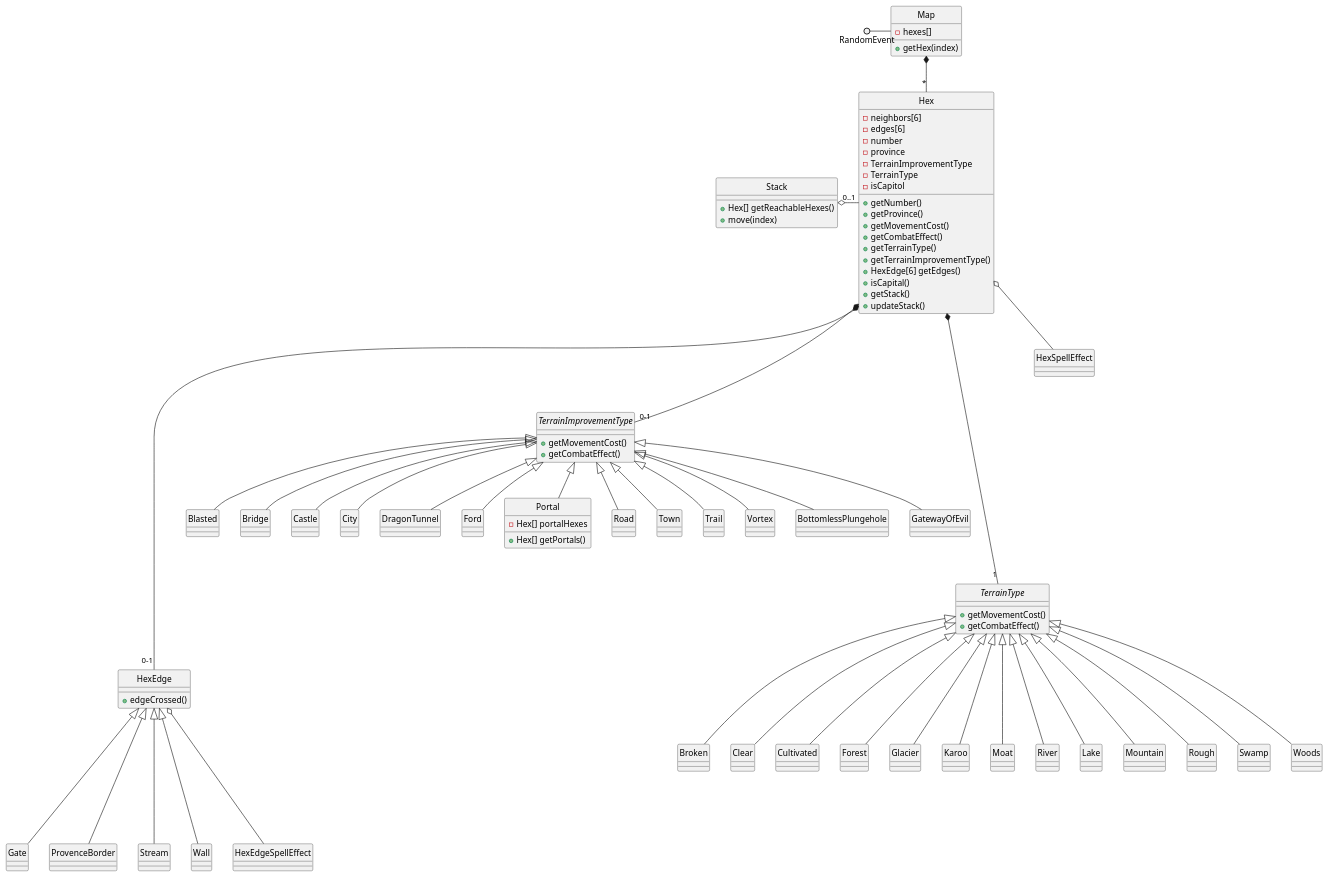
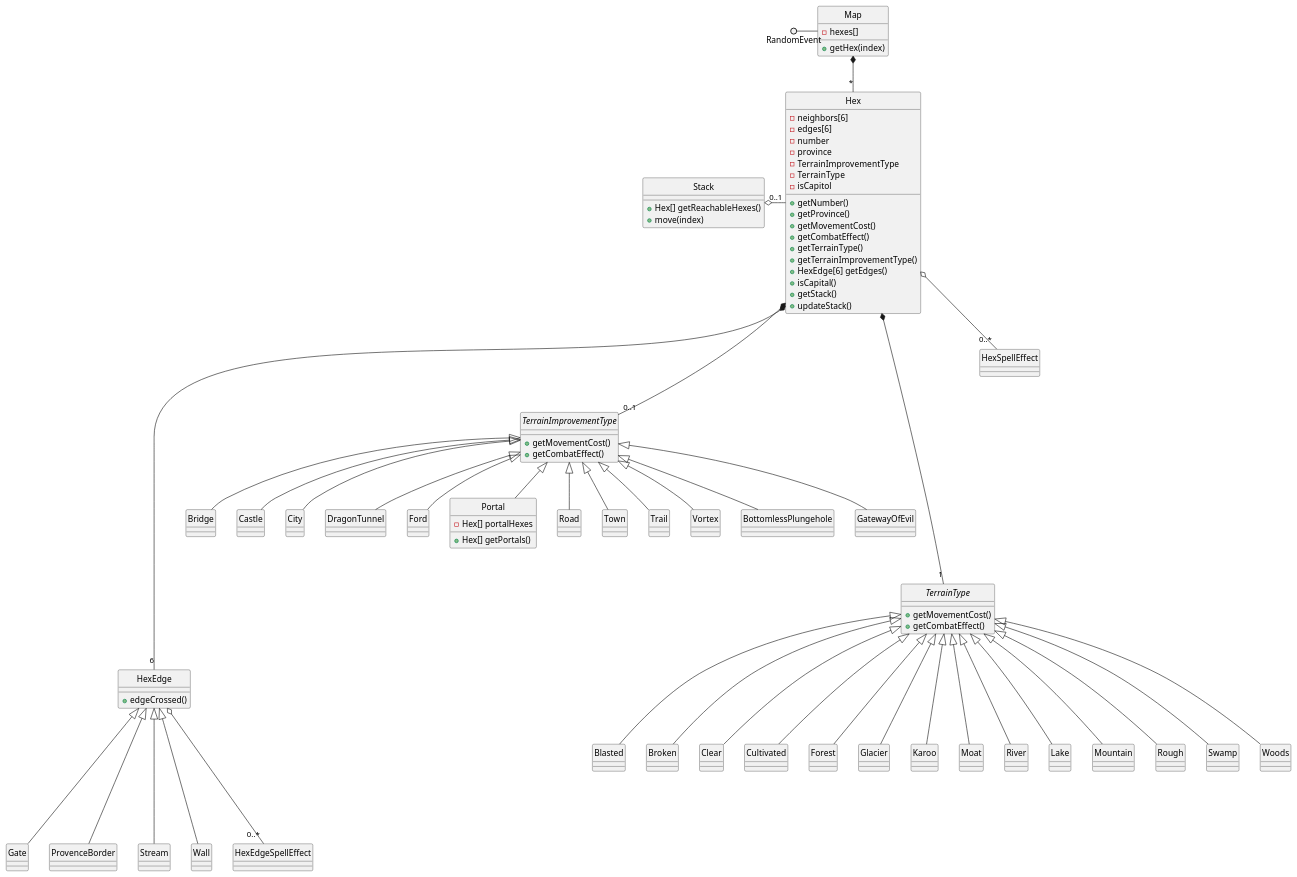
The diagram in Map.pu (CS383-Sword-and-Sorcery/HW3), drawn with PlantUML before and after one commit.

Commit message:
sodgihhndgsoigds

```diff
--- a/Map.pu
+++ b/Map.pu
@@ -1,129 +1,129 @@
 @startuml
 hide circle
 
 class Map {
 -hexes[]
 +getHex(index)
 }
 
 class Hex {
 -neighbors[6]
 -edges[6]
 -number
 -province
 -TerrainImprovementType
 -TerrainType
 -isCapitol
 +getNumber()
 +getProvince()
 +getMovementCost()
 +getCombatEffect()
 +getTerrainType()
 +getTerrainImprovementType()
 +HexEdge[6] getEdges()
 +isCapital()
 +getStack()
 +updateStack()
 }
 
 class Stack {
 	+Hex[] getReachableHexes()
 	+move(index)
 }
 
 class HexEdge {
 +edgeCrossed()
 }
 
 interface TerrainImprovementType {
 +getMovementCost()
 +getCombatEffect()
 }
 
 interface TerrainType {
 +getMovementCost()
 +getCombatEffect()
 }
 
 class Blasted
 class Bridge
 class Gate
 class Broken
 class Castle
 class City
 class Clear
 class Cultivated
 class DragonTunnel
 class Ford
 class Forest
 class Glacier
 class Karoo
 class Moat
 class River
 class Lake
 class Mountain
 class Portal {
     -Hex[] portalHexes
     +Hex[] getPortals()
 }
 class ProvenceBorder
 class Road
 class Rough
 class Stream
 class Swamp
 class Town
 class Trail
 class Vortex
 class Wall
 class Woods
 class BottomlessPlungehole
 class GatewayOfEvil
 class HexEdgeSpellEffect
 class     HexSpellEffect
 
 RandomEvent ()- Map
 
 
 Map *-- "*" Hex
 Stack "0..1" o- Hex
 
 
 Hex *----- "1" TerrainType
-Hex *--- "0-1" TerrainImprovementType
-Hex *------ "0-1" HexEdge 
-Hex o-- HexSpellEffect
+Hex *--- "0..1" TerrainImprovementType
+Hex *------ "6" HexEdge 
+Hex o-- "0..*" HexSpellEffect
 
-TerrainImprovementType <|-- Blasted
 TerrainImprovementType <|-- Bridge
 TerrainImprovementType <|-- Castle
 TerrainImprovementType <|-- City
 TerrainImprovementType <|-- DragonTunnel
 TerrainImprovementType <|-- Ford
 TerrainImprovementType <|-- Portal
 TerrainImprovementType <|-- Road
 TerrainImprovementType <|-- Town
 TerrainImprovementType <|-- Trail
 TerrainImprovementType <|-- Vortex
 TerrainImprovementType <|-- BottomlessPlungehole
 TerrainImprovementType <|-- GatewayOfEvil
 
+TerrainType <|--- Blasted
 TerrainType <|--- Broken
 TerrainType <|--- Clear
 TerrainType <|--- Cultivated
 TerrainType <|--- Forest
 TerrainType <|--- Glacier
 TerrainType <|--- Karoo
 TerrainType <|--- River
 TerrainType <|--- Lake
 TerrainType <|--- Moat
 TerrainType <|--- Mountain
 TerrainType <|--- Rough
 TerrainType <|--- Swamp
 TerrainType <|--- Woods
 
 HexEdge <|---- ProvenceBorder
 HexEdge <|---- Stream
 HexEdge <|---- Wall
-HexEdge  o---- HexEdgeSpellEffect
+HexEdge  o---- "0..*" HexEdgeSpellEffect
 HexEdge <|---- Gate
 @enduml
```
